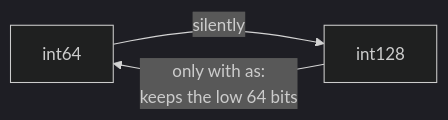
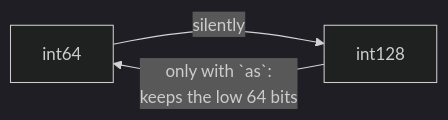
The diagram in content/docs/1.learn/16.numbers/01.wide-integer.md (rux-lang/Web), drawn with Mermaid (dark theme) before and after one commit. The commit also changed 187 other files, not shown here.

First line of the commit message:
Draw the Learn diagrams for phones, with code in the mono face

````diff
--- a/content/docs/1.learn/16.numbers/01.wide-integer.md
+++ b/content/docs/1.learn/16.numbers/01.wide-integer.md
@@ -104,5 +104,5 @@
 ```mermaid
 flowchart LR
-    narrow["int64"] -- "silently" --> wide["int128"]
-    wide -- "only with as:<br/>keeps the low 64 bits" --> narrow
+    narrow["`int64`"] -- "silently" --> wide["`int128`"]
+    wide -- "only with `as`:<br/>keeps the low 64 bits" --> narrow
 ```
````
